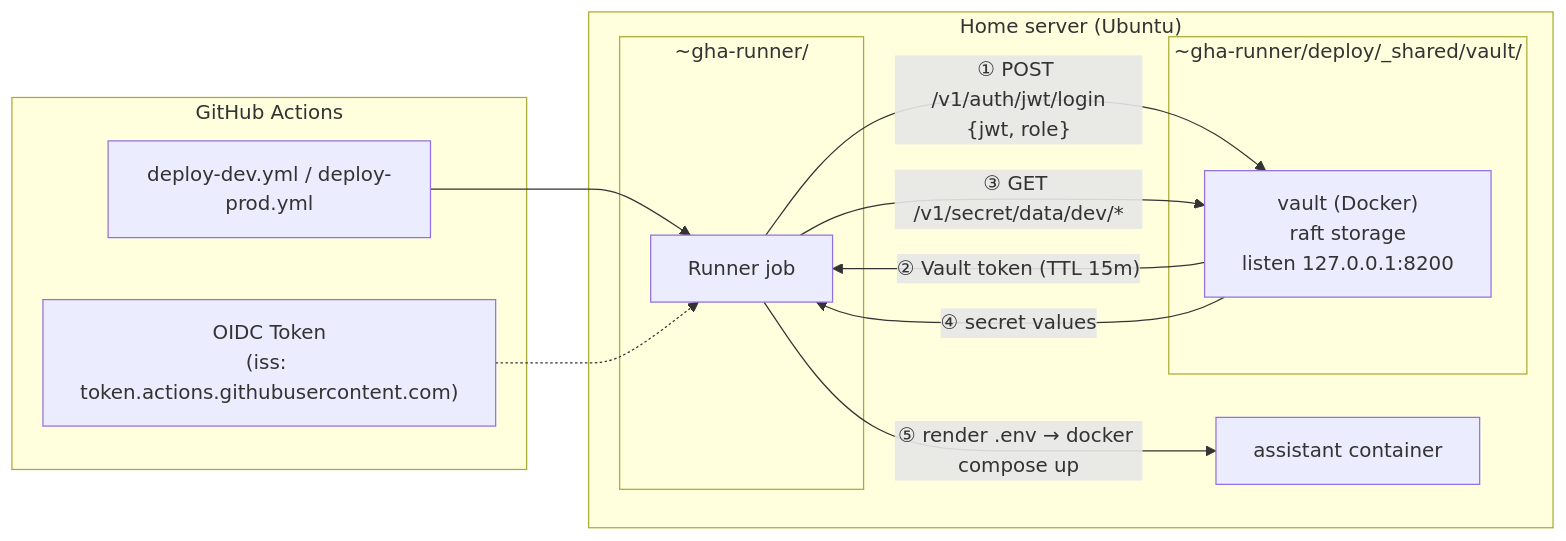
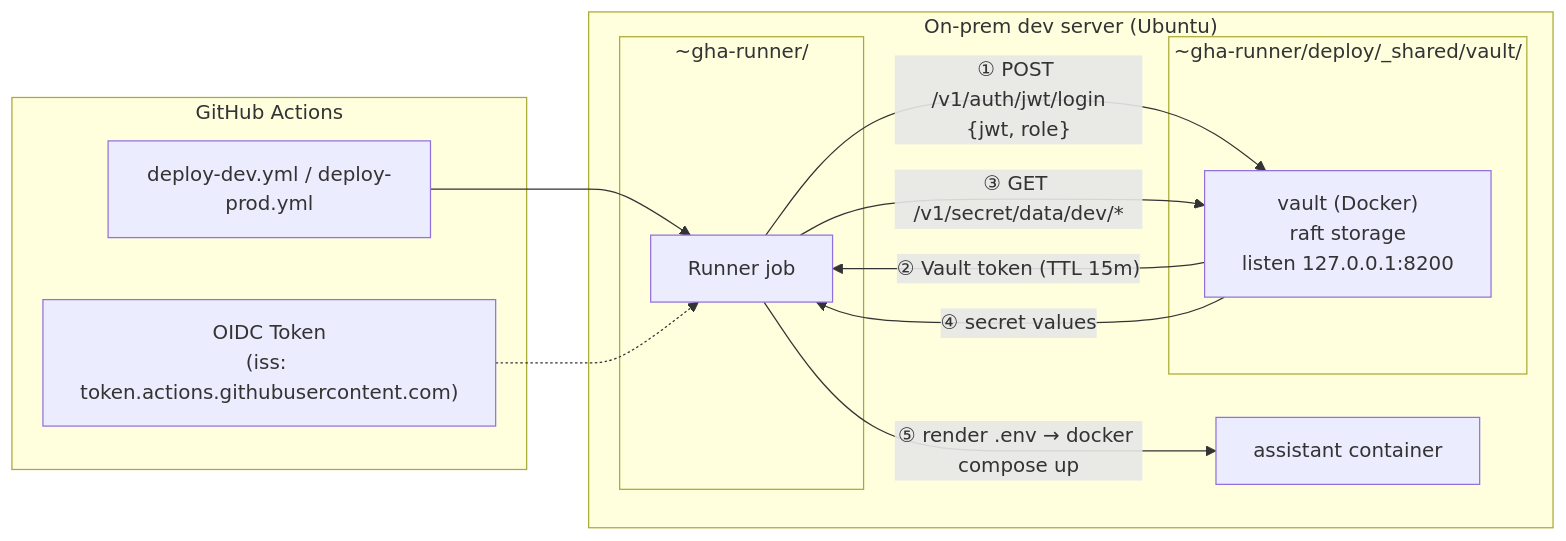
One commit to Sana-Labo/sanalabo-automation changed the diagram in docs/design/phase4-vault.md. Above: the diagram before and after it, drawn with Mermaid. The commit also changed other lines of this file and 3 other files, not shown here.

````diff
--- a/docs/design/phase4-vault.md
+++ b/docs/design/phase4-vault.md
@@ -50,24 +50,24 @@
 ```mermaid
 flowchart LR
     subgraph GH["GitHub Actions"]
         WF[deploy-dev.yml / deploy-prod.yml]
         OIDC["OIDC Token\n(iss: token.actions.githubusercontent.com)"]
     end
 
-    subgraph Home["Home server (Ubuntu)"]
+    subgraph Onprem["On-prem dev server (Ubuntu)"]
         subgraph Runner["~gha-runner/"]
             JOB[Runner job]
         end
         subgraph Shared["~gha-runner/deploy/_shared/vault/"]
             VAULT["vault (Docker)\nraft storage\nlisten 127.0.0.1:8200"]
         end
         JOB -->|"① POST /v1/auth/jwt/login\n{jwt, role}"| VAULT
         VAULT -->|"② Vault token (TTL 15m)"| JOB
         JOB -->|"③ GET /v1/secret/data/dev/*"| VAULT
         VAULT -->|"④ secret values"| JOB
         JOB -->|"⑤ render .env → docker compose up"| APP[assistant container]
     end
 
     WF --> JOB
     OIDC -.-> JOB
 ```
````
